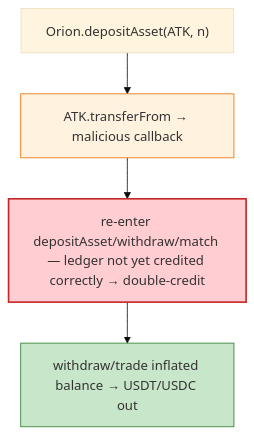
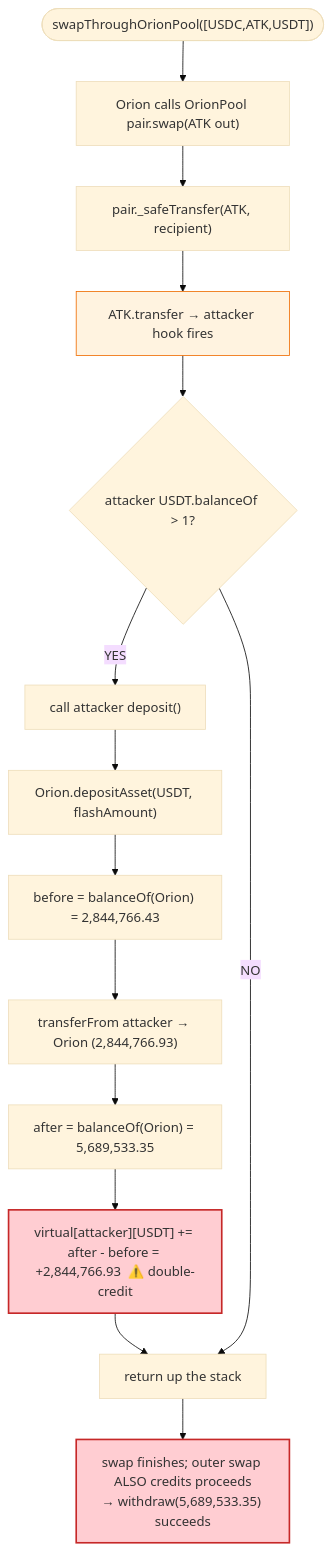
One commit to sanbir/evm-hack-registry changed the third of 4 diagrams in 2023-02-Orion_exp/Orion_exp.md. Above: the diagram before and after it, drawn with Mermaid (base theme). The commit also changed other lines of this file and 52 other files, not shown here.

````diff
--- a/2023-02-Orion_exp/Orion_exp.md
+++ b/2023-02-Orion_exp/Orion_exp.md
@@ -40,10 +313,20 @@
 ```mermaid
 flowchart TD
-    D["Orion.depositAsset(ATK, n)"] --> TF["ATK.transferFrom → malicious callback"]
-    TF --> RE["re-enter depositAsset/withdraw/match — ledger not yet credited correctly → double-credit"]
-    RE --> W["withdraw/trade inflated balance → USDT/USDC out"]
+    Start(["swapThroughOrionPool([USDC,ATK,USDT])"]) --> Hop1["Orion calls OrionPool pair.swap(ATK out)"]
+    Hop1 --> Xfer["pair._safeTransfer(ATK, recipient)"]
+    Xfer --> Hook["ATK.transfer → attacker hook fires"]
+    Hook --> Cb{"attacker USDT.balanceOf > 1?"}
+    Cb -- "YES" --> Re["call attacker deposit()"]
+    Re --> Dep["Orion.depositAsset(USDT, flashAmount)"]
+    Dep --> Snap["before = balanceOf(Orion) = 2,844,766.43"]
+    Snap --> TF["transferFrom attacker → Orion (2,844,766.93)"]
+    TF --> Snap2["after = balanceOf(Orion) = 5,689,533.35"]
+    Snap2 --> Credit["virtual[attacker][USDT] += after - before = +2,844,766.93  ⚠️ double-credit"]
+    Credit --> Ret["return up the stack"]
+    Ret --> Fin["swap finishes; outer swap ALSO credits proceeds<br/>→ withdraw(5,689,533.35) succeeds"]
+    Cb -- "NO" --> Ret
 
-    style TF fill:#fff3e0,stroke:#ef6c00
-    style RE fill:#ffcdd2,stroke:#c62828,stroke-width:2px
-    style W fill:#c8e6c9,stroke:#2e7d32
+    style Credit fill:#ffcdd2,stroke:#c62828,stroke-width:2px
+    style Fin fill:#ffcdd2,stroke:#c62828,stroke-width:2px
+    style Hook fill:#fff3e0,stroke:#ef6c00
 ```
````
